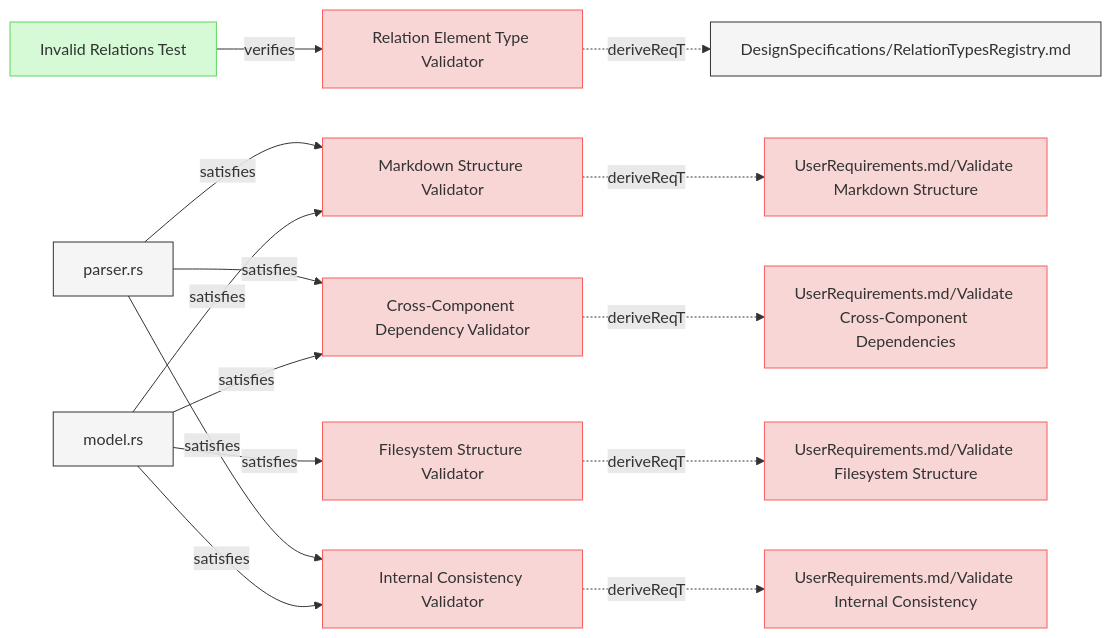
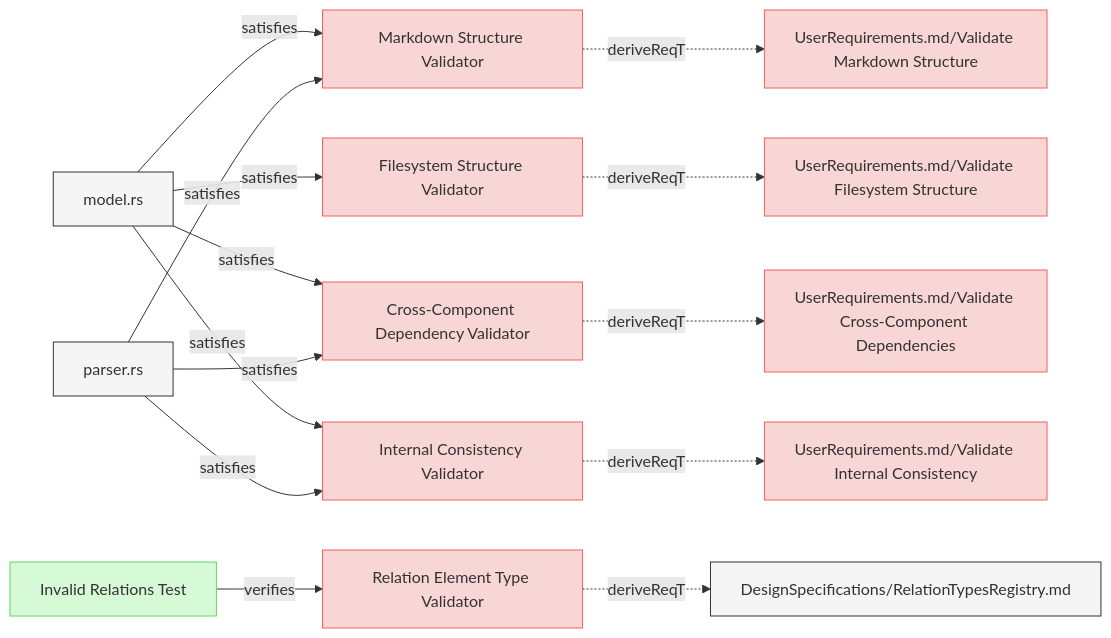
The seventh of 8 diagrams in specifications/SystemRequirements/Requirements.md (reqvire-org/reqvire), drawn with Mermaid before and after one commit. The commit also changed other lines of this file and 7 other files, not shown here.

Commit message:
Updated diagrams.

````diff
--- a/specifications/SystemRequirements/Requirements.md
+++ b/specifications/SystemRequirements/Requirements.md
@@ -888,61 +888,61 @@
 ```mermaid
 graph LR;
   %% Graph styling
   classDef requirement fill:#f9d6d6,stroke:#f55f5f,stroke-width:1px;
   classDef verification fill:#d6f9d6,stroke:#5fd75f,stroke-width:1px;
   classDef externalLink fill:#d0e0ff,stroke:#3080ff,stroke-width:1px;
   classDef default fill:#f5f5f5,stroke:#333333,stroke-width:1px;
 
-  212d1317cd["Relation Element Type Validator"];
-  click 212d1317cd "Requirements.md#relation-element-type-validator";
-  class 212d1317cd requirement;
-  9890e1ca49["DesignSpecifications/RelationTypesRegistry.md"];
-  class 9890e1ca49 default;
-  click 9890e1ca49 "../DesignSpecifications/RelationTypesRegistry.md";
-  212d1317cd -.->|deriveReqT| 9890e1ca49;
-  fbf9362574["Invalid Relations Test"];
-  class fbf9362574 verification;
-  click fbf9362574 "../Verifications/ValidationTests.md#invalid-relations-test";
-  fbf9362574 -->|verifies| 212d1317cd;
   887db62e0f["Markdown Structure Validator"];
   click 887db62e0f "Requirements.md#markdown-structure-validator";
   class 887db62e0f requirement;
   7b1772417b["UserRequirements.md/Validate Markdown Structure"];
   class 7b1772417b requirement;
   click 7b1772417b "../UserRequirements.md#validate-markdown-structure";
   887db62e0f -.->|deriveReqT| 7b1772417b;
   6136c216c9["model.rs"];
   class 6136c216c9 default;
   click 6136c216c9 "../../core/src/model.rs";
   6136c216c9 -->|satisfies| 887db62e0f;
   3b1e87396c["parser.rs"];
   class 3b1e87396c default;
   click 3b1e87396c "../../core/src/parser.rs";
   3b1e87396c -->|satisfies| 887db62e0f;
+  212d1317cd["Relation Element Type Validator"];
+  click 212d1317cd "Requirements.md#relation-element-type-validator";
+  class 212d1317cd requirement;
+  9890e1ca49["DesignSpecifications/RelationTypesRegistry.md"];
+  class 9890e1ca49 default;
+  click 9890e1ca49 "../DesignSpecifications/RelationTypesRegistry.md";
+  212d1317cd -.->|deriveReqT| 9890e1ca49;
+  fbf9362574["Invalid Relations Test"];
+  class fbf9362574 verification;
+  click fbf9362574 "../Verifications/ValidationTests.md#invalid-relations-test";
+  fbf9362574 -->|verifies| 212d1317cd;
+  ec201a112c["Filesystem Structure Validator"];
+  click ec201a112c "Requirements.md#filesystem-structure-validator";
+  class ec201a112c requirement;
+  d834cc4bc9["UserRequirements.md/Validate Filesystem Structure"];
+  class d834cc4bc9 requirement;
+  click d834cc4bc9 "../UserRequirements.md#validate-filesystem-structure";
+  ec201a112c -.->|deriveReqT| d834cc4bc9;
+  6136c216c9 -->|satisfies| ec201a112c;
   c7d88aff4e["Cross-Component Dependency Validator"];
   click c7d88aff4e "Requirements.md#cross-component-dependency-validator";
   class c7d88aff4e requirement;
   6e40bf9f83["UserRequirements.md/Validate Cross-Component Dependencies"];
   class 6e40bf9f83 requirement;
   click 6e40bf9f83 "../UserRequirements.md#validate-cross-component-dependencies";
   c7d88aff4e -.->|deriveReqT| 6e40bf9f83;
   6136c216c9 -->|satisfies| c7d88aff4e;
   3b1e87396c -->|satisfies| c7d88aff4e;
   1c2e7c81f9["Internal Consistency Validator"];
   click 1c2e7c81f9 "Requirements.md#internal-consistency-validator";
   class 1c2e7c81f9 requirement;
   9e524ac696["UserRequirements.md/Validate Internal Consistency"];
   class 9e524ac696 requirement;
   click 9e524ac696 "../UserRequirements.md#validate-internal-consistency";
   1c2e7c81f9 -.->|deriveReqT| 9e524ac696;
   6136c216c9 -->|satisfies| 1c2e7c81f9;
   3b1e87396c -->|satisfies| 1c2e7c81f9;
-  ec201a112c["Filesystem Structure Validator"];
-  click ec201a112c "Requirements.md#filesystem-structure-validator";
-  class ec201a112c requirement;
-  d834cc4bc9["UserRequirements.md/Validate Filesystem Structure"];
-  class d834cc4bc9 requirement;
-  click d834cc4bc9 "../UserRequirements.md#validate-filesystem-structure";
-  ec201a112c -.->|deriveReqT| d834cc4bc9;
-  6136c216c9 -->|satisfies| ec201a112c;
 ```
````
